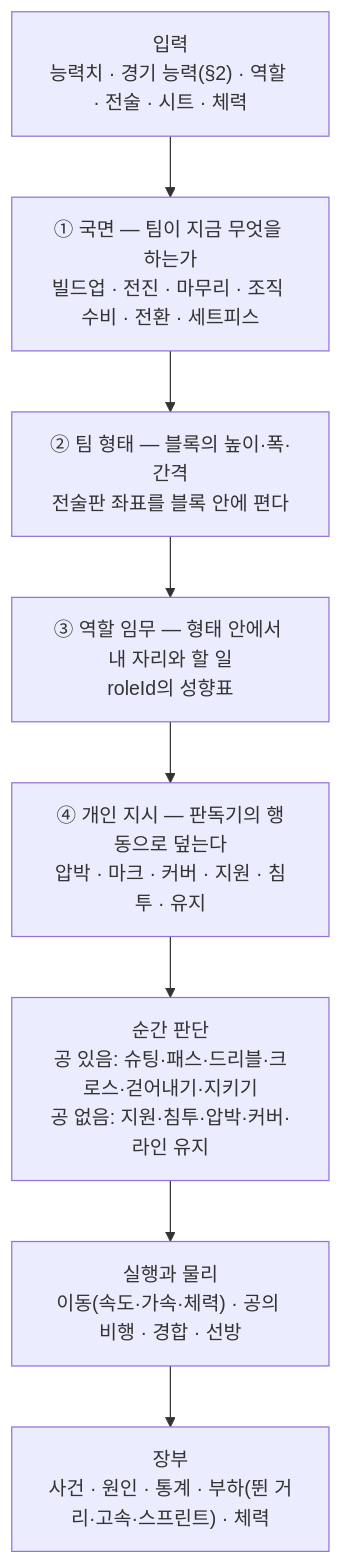
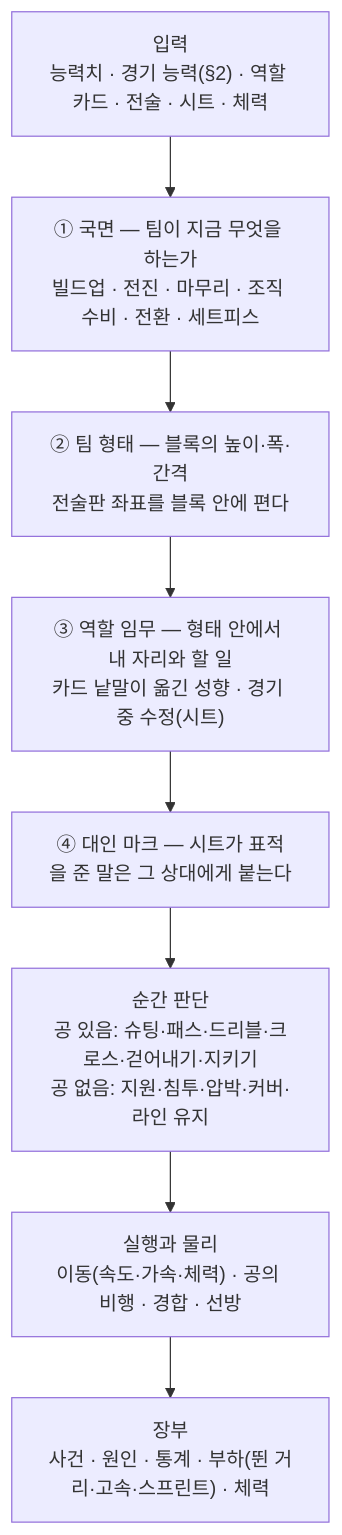
Before and after one commit to dhoonjang/gaffer: the first of 2 diagrams in docs/match/live-match.md, drawn with Mermaid. The commit also changed other lines of this file and 186 other files, not shown here.

````diff
--- a/docs/match/live-match.md
+++ b/docs/match/live-match.md
@@ -30,11 +30,11 @@
 ```mermaid
 flowchart TB
-  IN["입력<br/>능력치 · 경기 능력(§2) · 역할 · 전술 · 시트 · 체력"] --> PH
+  IN["입력<br/>능력치 · 경기 능력(§2) · 역할 카드 · 전술 · 시트 · 체력"] --> PH
   PH["① 국면 — 팀이 지금 무엇을 하는가<br/>빌드업 · 전진 · 마무리 · 조직 수비 · 전환 · 세트피스"]
   PH --> SH["② 팀 형태 — 블록의 높이·폭·간격<br/>전술판 좌표를 블록 안에 편다"]
-  SH --> RO["③ 역할 임무 — 형태 안에서 내 자리와 할 일<br/>roleId의 성향표"]
-  RO --> IX["④ 개인 지시 — 판독기의 행동으로 덮는다<br/>압박 · 마크 · 커버 · 지원 · 침투 · 유지"]
+  SH --> RO["③ 역할 임무 — 형태 안에서 내 자리와 할 일<br/>카드 낱말이 옮긴 성향 · 경기 중 수정(시트)"]
+  RO --> IX["④ 대인 마크 — 시트가 표적을 준 말은 그 상대에게 붙는다"]
   IX --> DE["순간 판단<br/>공 있음: 슈팅·패스·드리블·크로스·걷어내기·지키기<br/>공 없음: 지원·침투·압박·커버·라인 유지"]
   DE --> EX["실행과 물리<br/>이동(속도·가속·체력) · 공의 비행 · 경합 · 선방"]
   EX --> LOG["장부<br/>사건 · 원인 · 통계 · 부하(뛴 거리·고속·스프린트) · 체력"]
 ```
````
